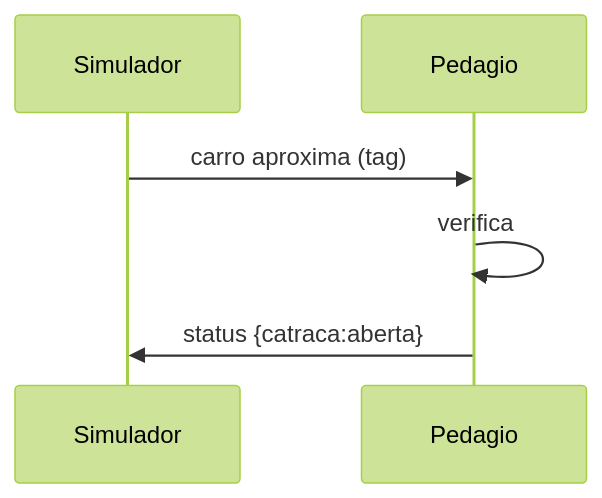
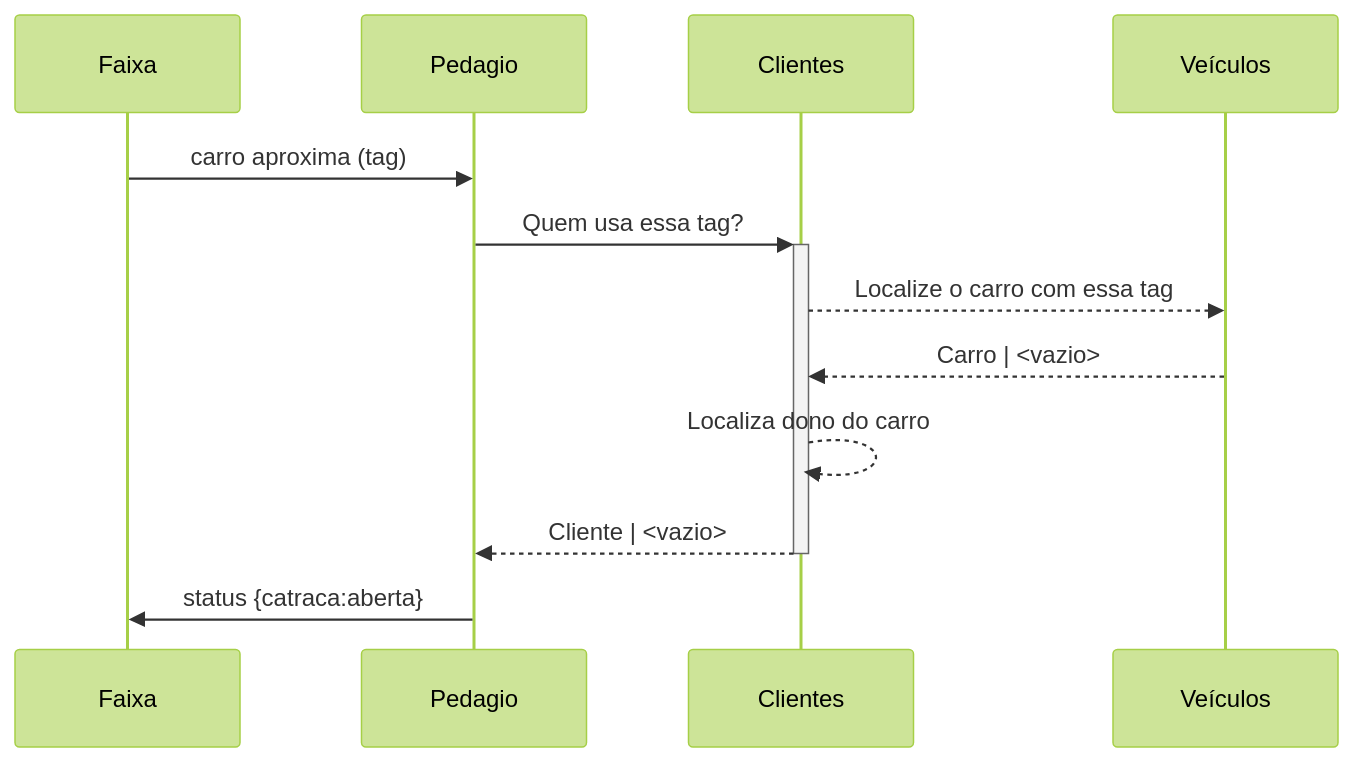
One commit to dose-na-nuvem/pedagio-docs changed the diagram in use-cases/usecase-01-traffic-control.md. Above: the diagram before and after it, drawn with Mermaid (forest theme).

Commit message:
docs: proposta de refinamento da decisão de abertura da cancela

````diff
--- a/use-cases/usecase-01-traffic-control.md
+++ b/use-cases/usecase-01-traffic-control.md
@@ -7,6 +7,12 @@
 ```mermaid
 sequenceDiagram
-    Simulador->>Pedagio: carro aproxima (tag)
-    Pedagio->>Pedagio: verifica
-    Pedagio->>Simulador: status {catraca:aberta}
+    Faixa->>Pedagio: carro aproxima (tag)
+    Pedagio->>+Clientes: Quem usa essa tag?
+    Clientes-->>Veículos: Localize o carro com essa tag
+    Veículos-->>Clientes: Carro | <vazio>
+    Clientes-->>Clientes : Localiza dono do carro
+    Clientes-->>-Pedagio : Cliente | <vazio>
+    Pedagio->>Faixa: status {catraca:aberta}
+
+
 ```
````
